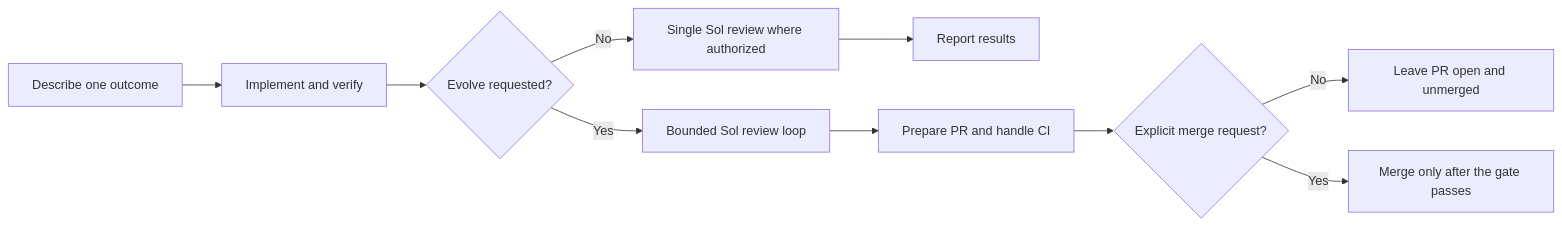
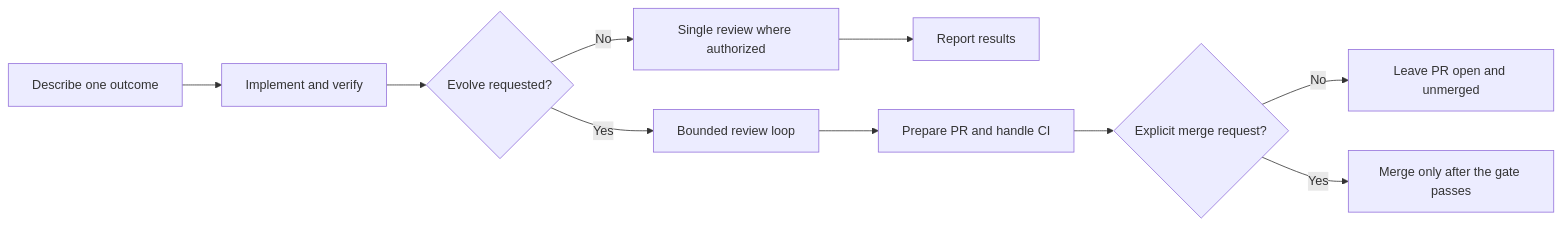
The diagram in README.md (moKshagna-p/codex-powers), drawn with Mermaid before and after one commit. The commit also changed other lines of this file and 30 other files, not shown here.

````diff
--- a/README.md
+++ b/README.md
@@ -58,12 +60,12 @@
 ```mermaid
 flowchart LR
     A[Describe one outcome] --> B[Implement and verify]
     B --> C{Evolve requested?}
-    C -->|No| D[Single Sol review where authorized]
+    C -->|No| D[Single review where authorized]
     D --> E[Report results]
-    C -->|Yes| F[Bounded Sol review loop]
+    C -->|Yes| F[Bounded review loop]
     F --> G[Prepare PR and handle CI]
     G --> H{Explicit merge request?}
     H -->|No| I[Leave PR open and unmerged]
     H -->|Yes| J[Merge only after the gate passes]
 ```
````
